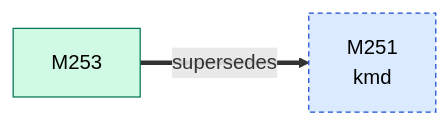
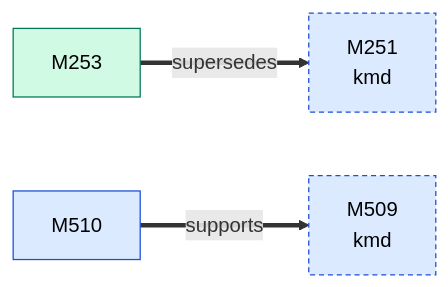
One commit to D-Ogi/amdgpu-wddm changed the first of 2 diagrams in docs/facts/graphs/icd.md. Above: the diagram before and after it, drawn with Mermaid. The commit also changed other lines of this file and 5 other files, not shown here.

````diff
--- a/docs/facts/graphs/icd.md
+++ b/docs/facts/graphs/icd.md
@@ -11,12 +11,15 @@
 ```mermaid
 flowchart LR
   M251["M251<br/>kmd"]:::MEASURED
   M253["M253"]:::CONFIRMED
+  M509["M509<br/>kmd"]:::MEASURED
+  M510["M510"]:::MEASURED
   M253 ==>|supersedes| M251
+  M510 ==>|supports| M509
   classDef HYPOTHESIS fill:#fff3c4,stroke:#9a7b00,color:#000
   classDef MEASURED fill:#dbeafe,stroke:#1d4ed8,color:#000
   classDef CONFIRMED fill:#d1fae5,stroke:#047857,color:#000
   classDef REFUTED fill:#fee2e2,stroke:#b91c1c,color:#000
   classDef other stroke-dasharray:4 3
-  class M251 other
+  class M251,M509 other
 ```
````
